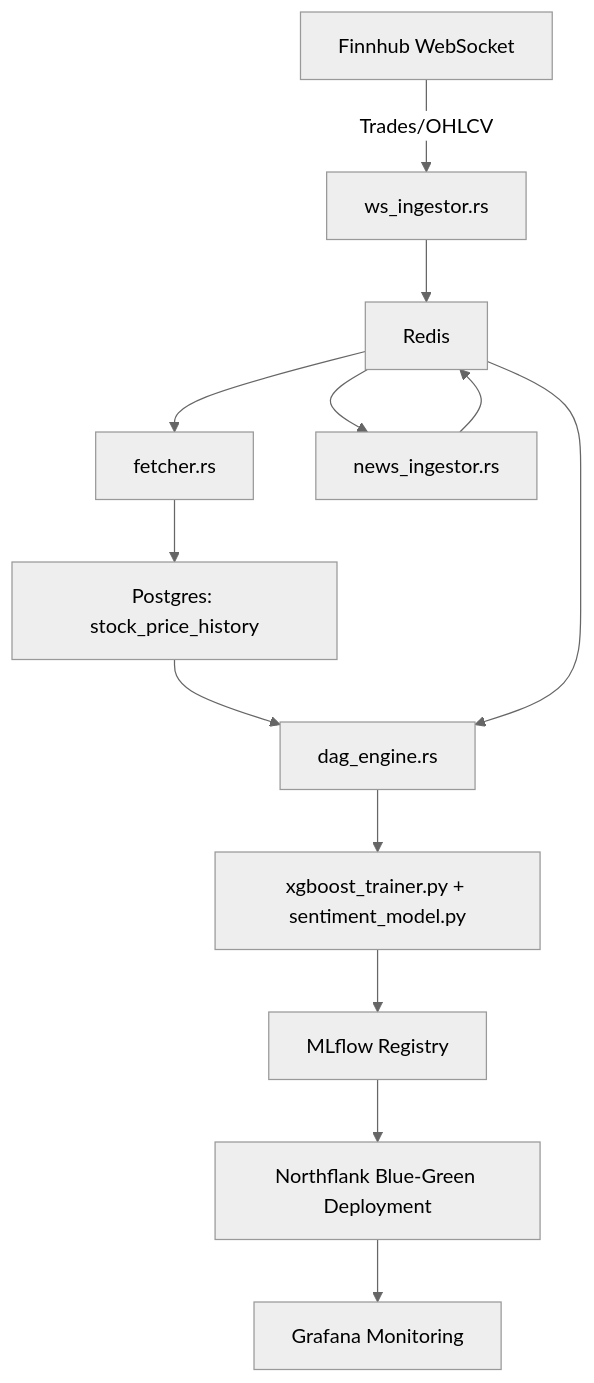
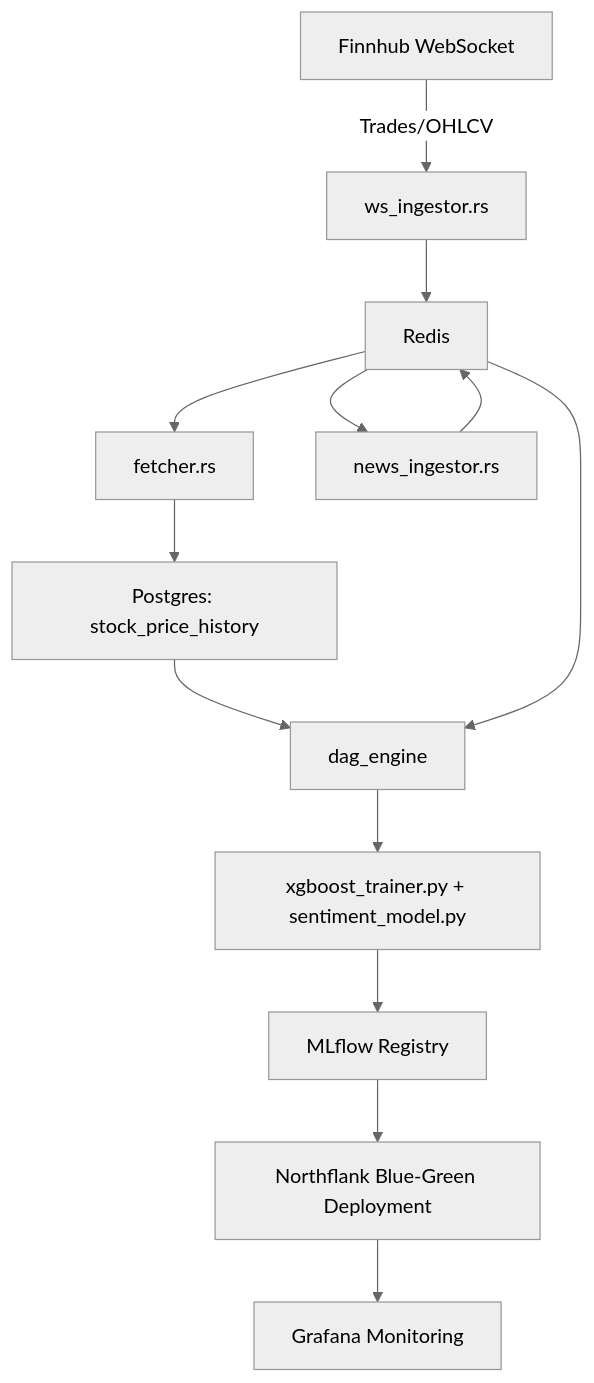
Before and after one commit to swastik-nandy/Real-Time-Crypto-Tick-Predictor: the diagram in readme.md, drawn with Mermaid (neutral theme).

````diff
--- a/readme.md
+++ b/readme.md
@@ -37,15 +37,15 @@
 ```mermaid
 flowchart TD
     A[Finnhub WebSocket] -->|Trades/OHLCV| B[ws_ingestor.rs]
     B --> C[Redis]
     C --> D[fetcher.rs]
     D --> E[Postgres: stock_price_history]
     C --> F[news_ingestor.rs]
     F --> C
-    E --> G[dag_engine.rs]
+    E --> G[dag_engine]
     C --> G
     G --> H[xgboost_trainer.py + sentiment_model.py]
     H --> I[MLflow Registry]
     I --> J[Northflank Blue-Green Deployment]
     J --> K[Grafana Monitoring]
 ```
````
